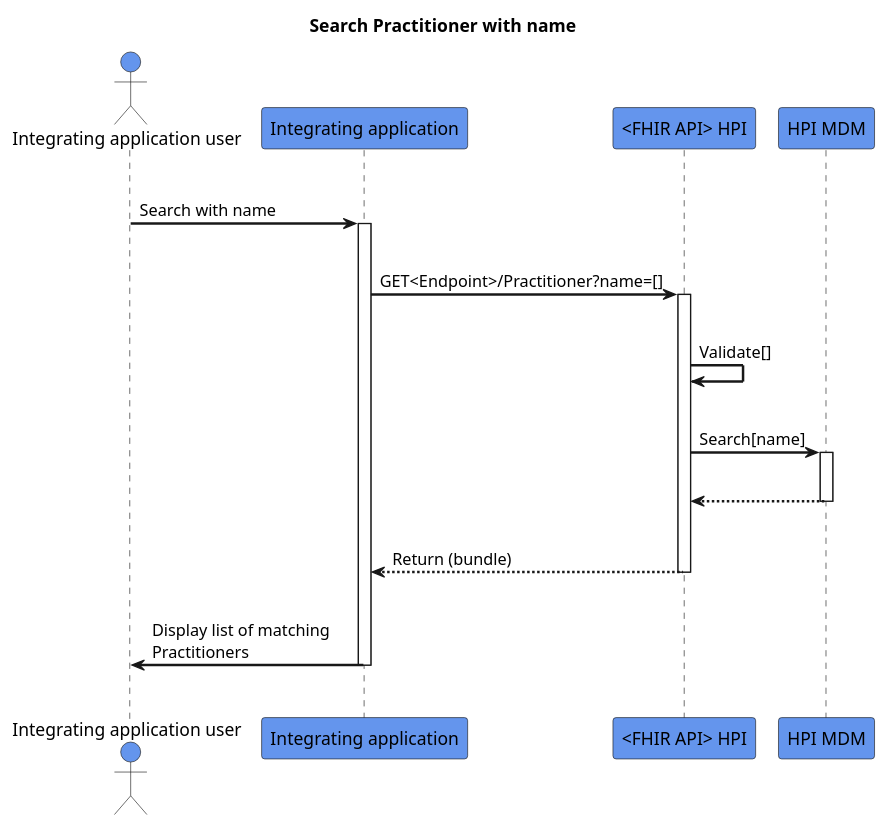
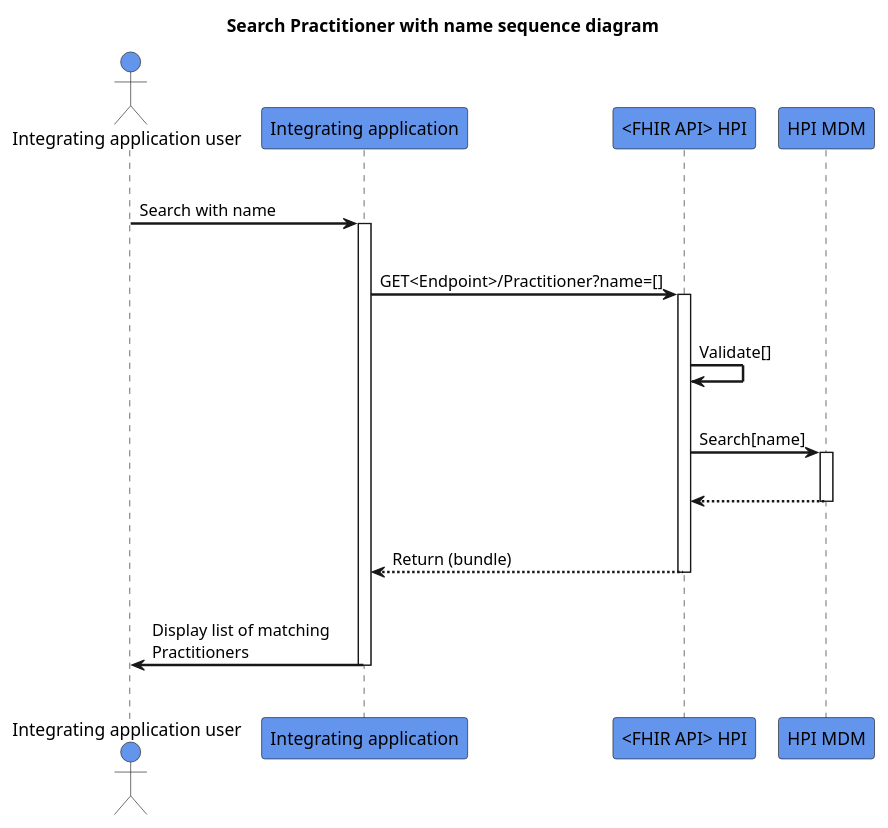
The diagram in input/images-source/search-practitioner-withname.plantuml (HL7NZ/hpi), drawn with PlantUML before and after one commit.

```diff
--- a/input/images-source/search-practitioner-withname.plantuml
+++ b/input/images-source/search-practitioner-withname.plantuml
@@ -1,32 +1,32 @@
 @startuml
 skinparam sequenceArrowThickness 2
 skinparam roundcorner 5
 skinparam maxmessagesize 180
 skinparam sequenceParticipant bold
-title Search Practitioner with name
+title Search Practitioner with name sequence diagram
 actor "Integrating application user" as User #CornflowerBlue
 participant "Integrating application" as A #CornflowerBlue
 participant "<FHIR API> HPI" as B #CornflowerBlue
 participant "HPI MDM" as C #CornflowerBlue
 |||
 User -> A: Search with name
 activate A
 |||
 A -> B: GET<Endpoint>/Practitioner?name=[]
 activate B
 |||
 B -> B: Validate[]
 |||
 B -> C: Search[name]
 activate C
 |||
 C -[dashed]-> B:  
 deactivate C
 |||
 B -[dashed]-> A:Return (bundle)
 deactivate B
 |||
 A -> User: Display list of matching Practitioners
 deactivate A
 |||
 @enduml
```
